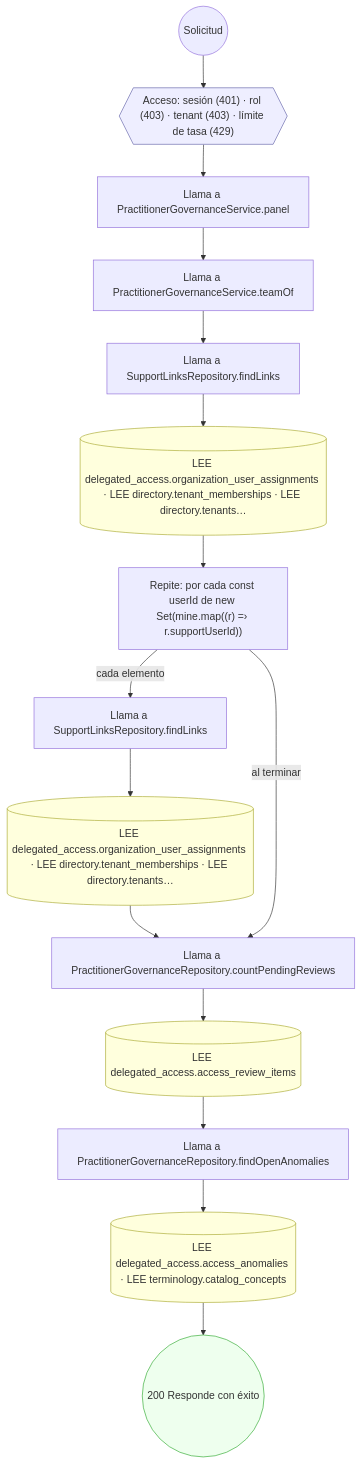
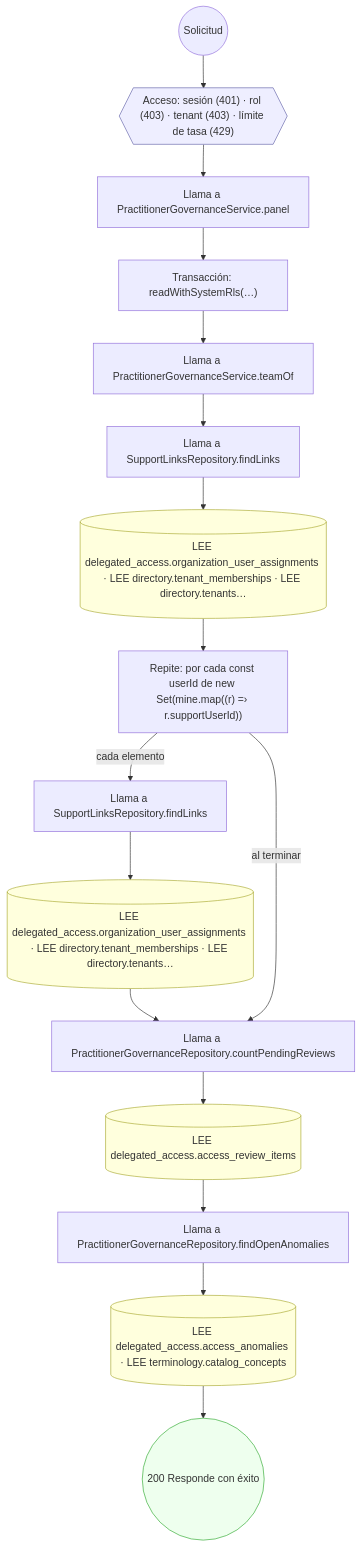
Before and after one commit to mdavila-2001/mantra-core-health-api: diagram 14 of 42 in docs/inventario/flujos/delegated_access.md, drawn with Mermaid. The commit also changed other lines of this file and 376 other files, not shown here.

First line of the commit message:
docs(api): contrato OpenAPI, inventario y excepciones de permisos al día con dev

````diff
--- a/docs/inventario/flujos/delegated_access.md
+++ b/docs/inventario/flujos/delegated_access.md
@@ -1115,37 +1319,39 @@
 ```mermaid
 flowchart TD
   n1(("Solicitud")):::inicio
   n2{{"Acceso: sesión (401) · rol (403) · tenant (403) · límite de tasa (429)"}}:::acceso
   n1 --> n2
   n3["Llama a PractitionerGovernanceService.panel"]:::llamada
   n2 --> n3
-  n4["Llama a PractitionerGovernanceService.teamOf"]:::llamada
+  n4["Transacción: readWithSystemRls(…)"]:::transaccion
   n3 --> n4
-  n5["Llama a SupportLinksRepository.findLinks"]:::llamada
+  n5["Llama a PractitionerGovernanceService.teamOf"]:::llamada
   n4 --> n5
-  n6[("LEE delegated_access.organization_user_assignments · LEE directory.tenant_memberships · LEE directory.tenants…")]:::efecto
+  n6["Llama a SupportLinksRepository.findLinks"]:::llamada
   n5 --> n6
-  n7["Repite: por cada const userId de new Set(mine.map((r) =› r.supportUserId))"]:::bucle
+  n7[("LEE delegated_access.organization_user_assignments · LEE directory.tenant_memberships · LEE directory.tenants…")]:::efecto
   n6 --> n7
-  n8["Llama a SupportLinksRepository.findLinks"]:::llamada
-  n7 -->|"cada elemento"| n8
-  n9[("LEE delegated_access.organization_user_assignments · LEE directory.tenant_memberships · LEE directory.tenants…")]:::efecto
-  n8 --> n9
-  n10["Llama a PractitionerGovernanceRepository.countPendingReviews"]:::llamada
+  n8["Repite: por cada const userId de new Set(mine.map((r) =› r.supportUserId))"]:::bucle
+  n7 --> n8
+  n9["Llama a SupportLinksRepository.findLinks"]:::llamada
+  n8 -->|"cada elemento"| n9
+  n10[("LEE delegated_access.organization_user_assignments · LEE directory.tenant_memberships · LEE directory.tenants…")]:::efecto
   n9 --> n10
-  n7 -->|"al terminar"| n10
-  n11[("LEE delegated_access.access_review_items")]:::efecto
+  n11["Llama a PractitionerGovernanceRepository.countPendingReviews"]:::llamada
   n10 --> n11
-  n12["Llama a PractitionerGovernanceRepository.findOpenAnomalies"]:::llamada
+  n8 -->|"al terminar"| n11
+  n12[("LEE delegated_access.access_review_items")]:::efecto
   n11 --> n12
-  n13[("LEE delegated_access.access_anomalies · LEE terminology.catalog_concepts")]:::efecto
+  n13["Llama a PractitionerGovernanceRepository.findOpenAnomalies"]:::llamada
   n12 --> n13
-  n14(("200 Responde con éxito")):::ok
+  n14[("LEE delegated_access.access_anomalies · LEE terminology.catalog_concepts")]:::efecto
   n13 --> n14
+  n15(("200 Responde con éxito")):::ok
+  n14 --> n15
   classDef acceso fill:#eef,stroke:#66a
   classDef error fill:#fee,stroke:#c33
   classDef ok fill:#efe,stroke:#3a3
   classDef efecto fill:#ffd,stroke:#aa3
   classDef decision fill:#fff,stroke:#555
   classDef corte fill:#eee,stroke:#999,stroke-dasharray: 4
 ```
````
